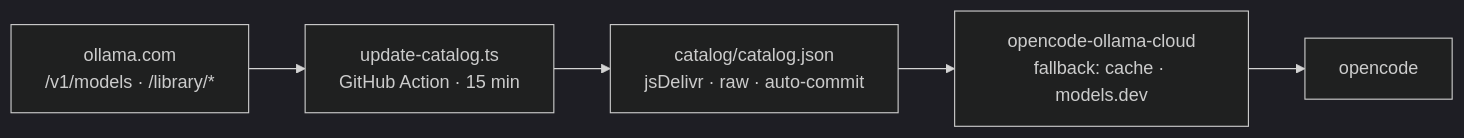
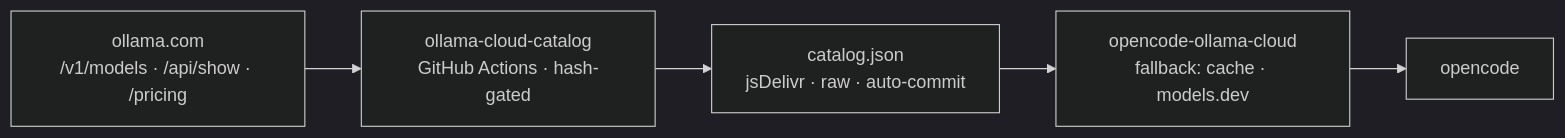
The diagram in README.es.md (srnoob2570/opencode-ollama-cloud), drawn with Mermaid (dark theme) before and after one commit. The commit also changed other lines of this file and 30 other files, not shown here.

First line of the commit message:
refactor(plugin): consume upstream ollama-cloud-catalog artifact

````diff
--- a/README.es.md
+++ b/README.es.md
@@ -60,7 +60,7 @@
 ```mermaid
 flowchart LR
-  A["ollama.com<br>/v1/models · /library/*"] --> B["update-catalog.ts<br>GitHub Action · 15 min"]
-  B --> C["catalog/catalog.json<br>jsDelivr · raw · auto-commit"]
+  A["ollama.com<br>/v1/models · /api/show · /pricing"] --> B["ollama-cloud-catalog<br>GitHub Actions · hash-gated"]
+  B --> C["catalog.json<br>jsDelivr · raw · auto-commit"]
   C --> D["opencode-ollama-cloud<br>fallback: cache · models.dev"]
   D --> E["opencode"]
 ```
````
